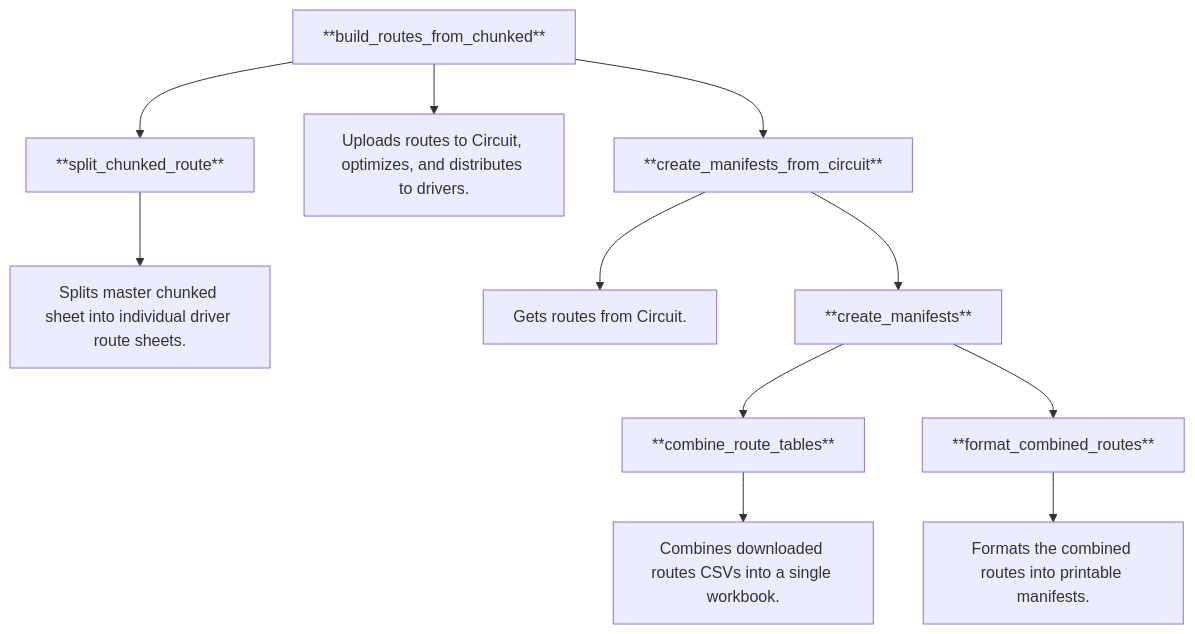
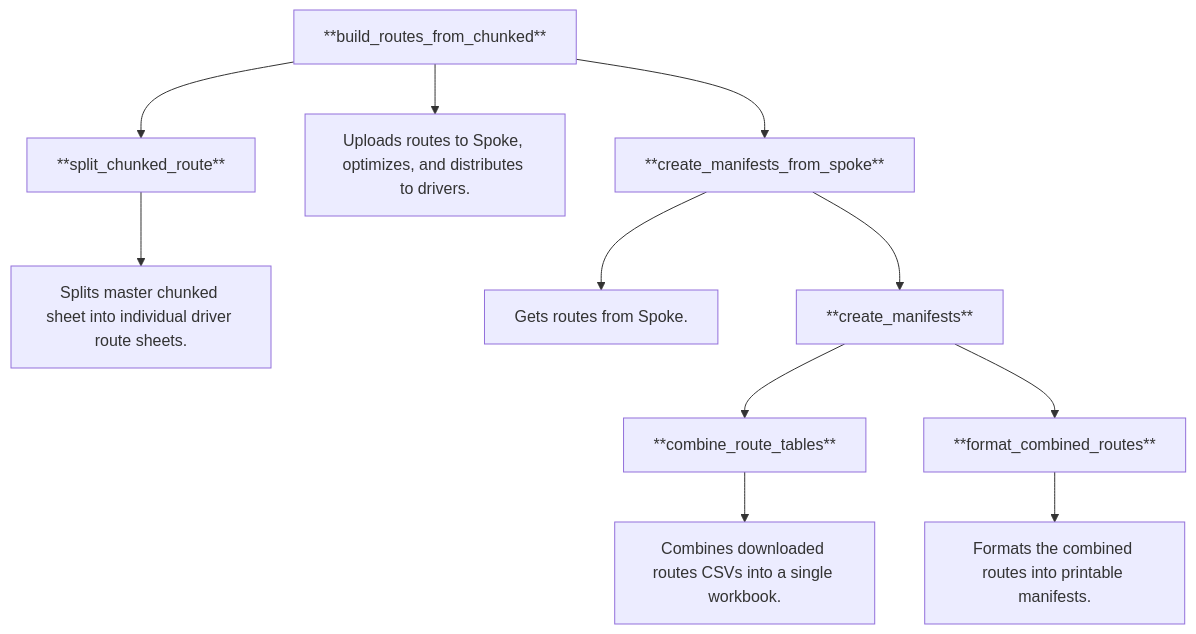
Before and after one commit to crickets-and-comb/bfb_delivery: the diagram in docs/build_routes_from_chunked.rst, drawn with Mermaid. The commit also changed other lines of this file and 39 other files, not shown here.

```diff
--- a/docs/build_routes_from_chunked.rst
+++ b/docs/build_routes_from_chunked.rst
@@ -279,14 +279,14 @@
 .. mermaid::
     :caption: Subtools wrapped and alternatively available for use
 
     graph TD;
         A[**build_routes_from_chunked**] --> B[**split_chunked_route**]
         B --> B1[Splits master chunked sheet into individual driver route sheets.]
-        A --> C[Uploads routes to Circuit, optimizes, and distributes to drivers.]
-        A --> D[**create_manifests_from_circuit**]
-        D --> E[Gets routes from Circuit.]
+        A --> C[Uploads routes to Spoke, optimizes, and distributes to drivers.]
+        A --> D[**create_manifests_from_spoke**]
+        D --> E[Gets routes from Spoke.]
         D --> F[**create_manifests**]
         F --> G[**combine_route_tables**]
         F --> H[**format_combined_routes**]
         G --> G1[Combines downloaded routes CSVs into a single workbook.]
         H --> H1[Formats the combined routes into printable manifests.]
```
